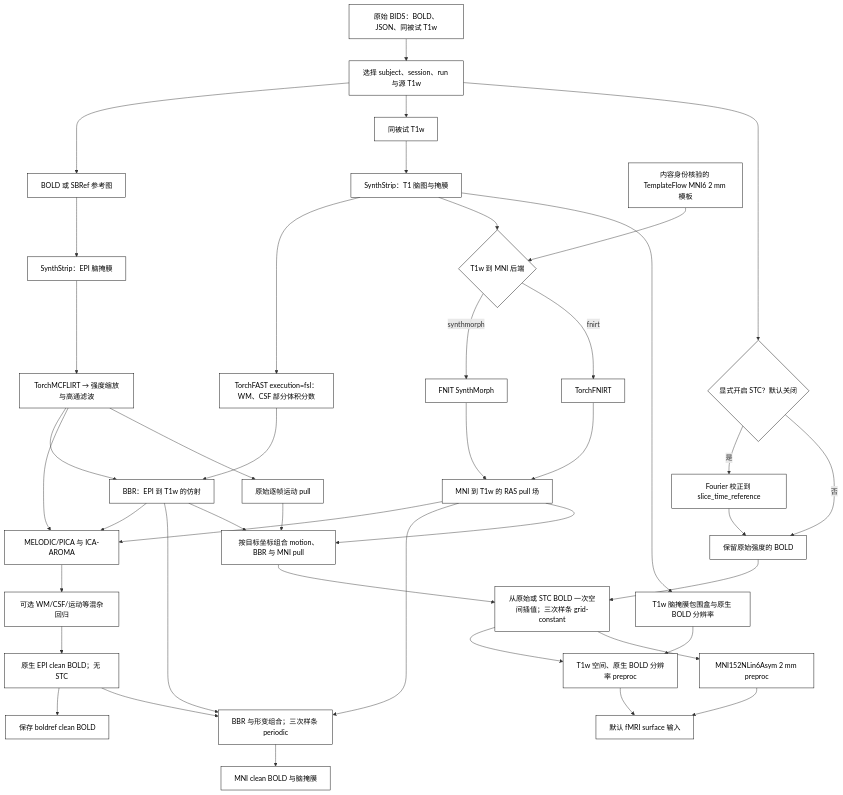
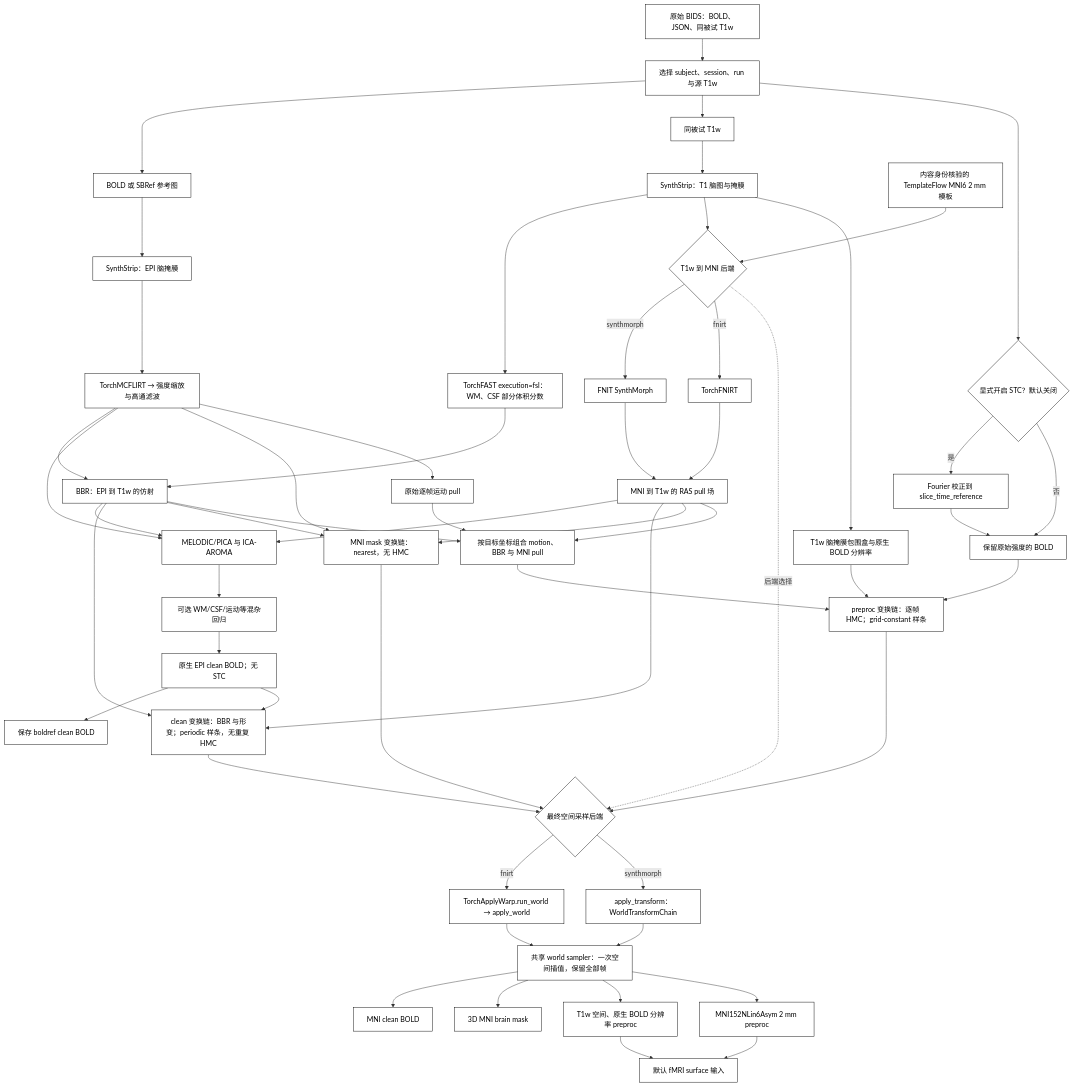
The diagram in docs/fmri/README.md (weikanggong1/Fudan-Neuroimaging-toolkit), drawn with Mermaid before and after one commit. The commit also changed other lines of this file and 30 other files, not shown here.

Commit message:
Route final fMRI resampling through public warp APIs with full-series parity

````diff
--- a/docs/fmri/README.md
+++ b/docs/fmri/README.md
@@ -11,39 +13,50 @@
 ```mermaid
 flowchart TD
     BIDS["原始 BIDS：BOLD、JSON、同被试 T1w"] --> SEL["选择 subject、session、run 与源 T1w"]
     SEL --> EPI["BOLD 或 SBRef 参考图"]
     SEL --> T1["同被试 T1w"]
     EPI --> MASK["SynthStrip：EPI 脑掩膜"] --> FEAT["TorchMCFLIRT → 强度缩放与高通滤波"]
     T1 --> BRAIN["SynthStrip：T1 脑图与掩膜"] --> FAST["TorchFAST execution=fsl：WM、CSF 部分体积分数"]
     FEAT --> BBR["BBR：EPI 到 T1w 的仿射"]
     FAST --> BBR
     BRAIN --> REG{"T1w 到 MNI 后端"}
     TEMPLATE["内容身份核验的 TemplateFlow MNI6 2 mm 模板"] --> REG
     REG -- synthmorph --> SM["FNIT SynthMorph"] --> XFM["MNI 到 T1w 的 RAS pull 场"]
     REG -- fnirt --> FN["TorchFNIRT"] --> XFM
     FEAT --> ICA["MELODIC/PICA 与 ICA-AROMA"]
     BBR --> ICA
     XFM --> ICA
     ICA --> CONF["可选 WM/CSF/运动等混杂回归"]
     CONF --> CLEAN["原生 EPI clean BOLD；无 STC"]
     CLEAN --> CNATIVE["保存 boldref clean BOLD"]
-    CLEAN --> CMNI["BBR 与形变组合；三次样条 periodic"]
+    CLEAN --> CMNI["clean 变换链：BBR 与形变；periodic 样条，无重复 HMC"]
     XFM --> CMNI
     BBR --> CMNI
-    CMNI --> COUT["MNI clean BOLD 与脑掩膜"]
+    CMNI --> FINAL{"最终空间采样后端"}
+    FEAT --> MASKCHAIN["MNI mask 变换链：nearest，无 HMC"] --> FINAL
+    XFM --> MASKCHAIN
+    BBR --> MASKCHAIN
     SEL --> STC{"显式开启 STC？默认关闭"}
     STC -- 是 --> FOURIER["Fourier 校正到 slice_time_reference"] --> MINIMAL["保留原始强度的 BOLD"]
     STC -- 否 --> MINIMAL
     FEAT --> MOTION["原始逐帧运动 pull"]
     MOTION --> COMPOSE["按目标坐标组合 motion、BBR 与 MNI pull"]
     BBR --> COMPOSE
     XFM --> COMPOSE
-    COMPOSE --> SINGLE["从原始或 STC BOLD 一次空间插值；三次样条 grid-constant"]
+    COMPOSE --> SINGLE["preproc 变换链：逐帧 HMC；grid-constant 样条"]
     MINIMAL --> SINGLE
-    SINGLE --> PT1["T1w 空间、原生 BOLD 分辨率 preproc"]
-    SINGLE --> PMNI["MNI152NLin6Asym 2 mm preproc"]
-    BRAIN --> REF["T1w 脑掩膜包围盒与原生 BOLD 分辨率"] --> PT1
+    SINGLE --> FINAL
+    REG -. 后端选择 .-> FINAL
+    FINAL -- fnirt --> AW["TorchApplyWarp.run_world → apply_world"]
+    FINAL -- synthmorph --> SA["apply_transform：WorldTransformChain"]
+    AW --> SHARED["共享 world sampler：一次空间插值，保留全部帧"]
+    SA --> SHARED
+    SHARED --> COUT["MNI clean BOLD"]
+    SHARED --> MOUT["3D MNI brain mask"]
+    SHARED --> PT1["T1w 空间、原生 BOLD 分辨率 preproc"]
+    SHARED --> PMNI["MNI152NLin6Asym 2 mm preproc"]
+    BRAIN --> REF["T1w 脑掩膜包围盒与原生 BOLD 分辨率"] --> SINGLE
     PT1 --> SURF["默认 fMRI surface 输入"]
     PMNI --> SURF
     classDef default fill:#ffffff,stroke:#000000,color:#000000;
 ```
````
